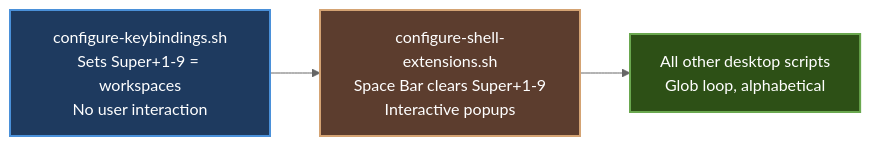
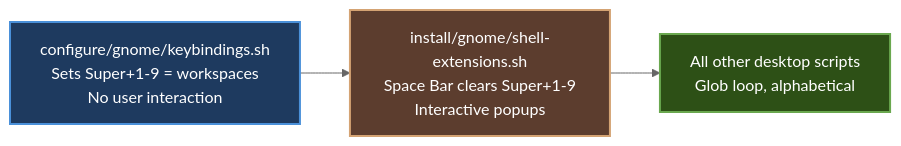
One commit to itsnin/justbuntu changed the second of 2 diagrams in CONTRIBUTING.md. Above: the diagram before and after it, drawn with Mermaid (neutral theme). The commit also changed other lines of this file and 114 other files, not shown here.

````diff
--- a/CONTRIBUTING.md
+++ b/CONTRIBUTING.md
@@ -110,10 +110,10 @@
 ```mermaid
 flowchart LR
     %% Color definitions
     classDef step1 fill:#1e3a5f,stroke:#4a90d9,stroke-width:2px,color:#ffffff
     classDef step2 fill:#5c3d2e,stroke:#d4a373,stroke-width:2px,color:#ffffff
     classDef step3 fill:#2d5016,stroke:#6aa84f,stroke-width:2px,color:#ffffff
 
-    A[configure-keybindings.sh<br/>Sets Super+1-9 = workspaces<br/>No user interaction]:::step1 --> B[configure-shell-extensions.sh<br/>Space Bar clears Super+1-9<br/>Interactive popups]:::step2
+    A[configure/gnome/keybindings.sh<br/>Sets Super+1-9 = workspaces<br/>No user interaction]:::step1 --> B[install/gnome/shell-extensions.sh<br/>Space Bar clears Super+1-9<br/>Interactive popups]:::step2
     B --> C[All other desktop scripts<br/>Glob loop, alphabetical]:::step3
 ```
````
